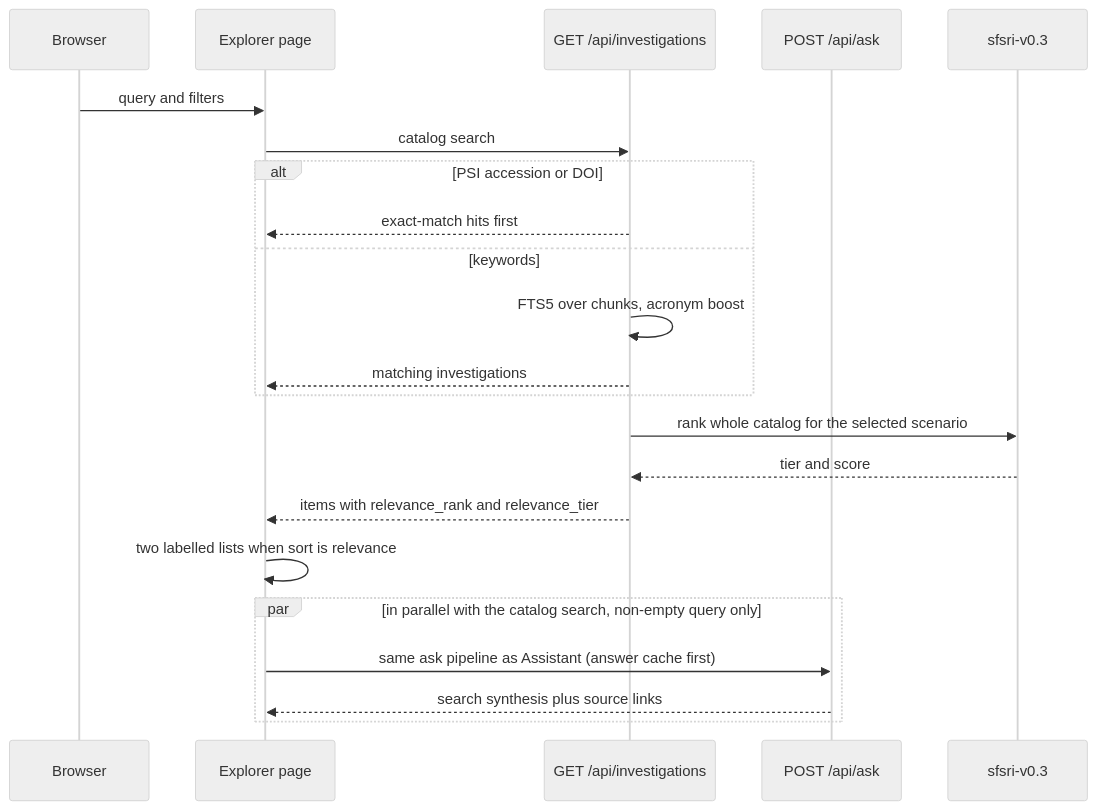
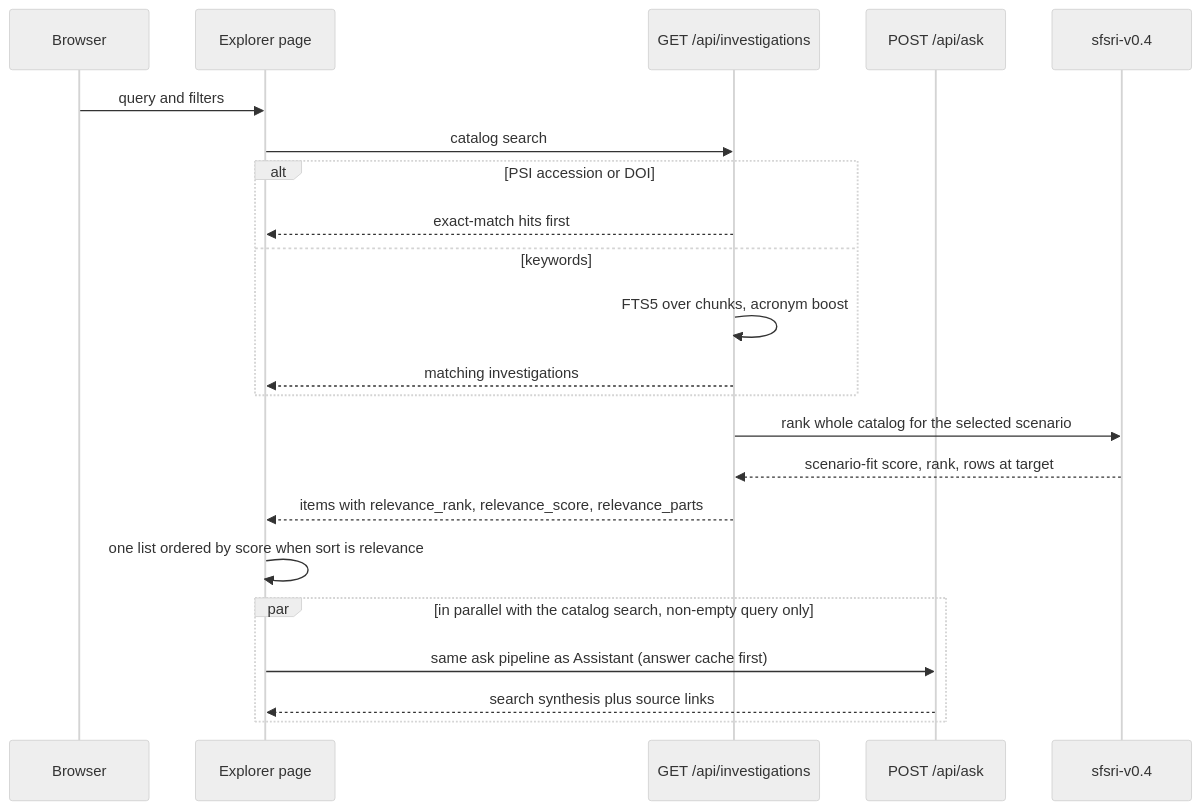
Before and after one commit to Rafat001/spaceapps-flame-in-freefall: the third of 3 diagrams in DESIGN.md, drawn with Mermaid (neutral theme). The commit also changed other lines of this file and 14 other files, not shown here.

First line of the commit message:
feat(ranking): sfsri-v0.4 single scenario-fit score fixes the order

````diff
--- a/DESIGN.md
+++ b/DESIGN.md
@@ -193,25 +193,25 @@
 ```mermaid
 sequenceDiagram
   participant B as Browser
   participant W as Explorer page
   participant C as GET /api/investigations
   participant S as POST /api/ask
-  participant Rank as sfsri-v0.3
+  participant Rank as sfsri-v0.4
 
   B->>W: query and filters
   W->>C: catalog search
   alt PSI accession or DOI
     C-->>W: exact-match hits first
   else keywords
     C->>C: FTS5 over chunks, acronym boost
     C-->>W: matching investigations
   end
   C->>Rank: rank whole catalog for the selected scenario
-  Rank-->>C: tier and score
-  C-->>W: items with relevance_rank and relevance_tier
-  W->>W: two labelled lists when sort is relevance
+  Rank-->>C: scenario-fit score, rank, rows at target
+  C-->>W: items with relevance_rank, relevance_score, relevance_parts
+  W->>W: one list ordered by score when sort is relevance
   par in parallel with the catalog search, non-empty query only
     W->>S: same ask pipeline as Assistant (answer cache first)
     S-->>W: search synthesis plus source links
   end
 ```
````
